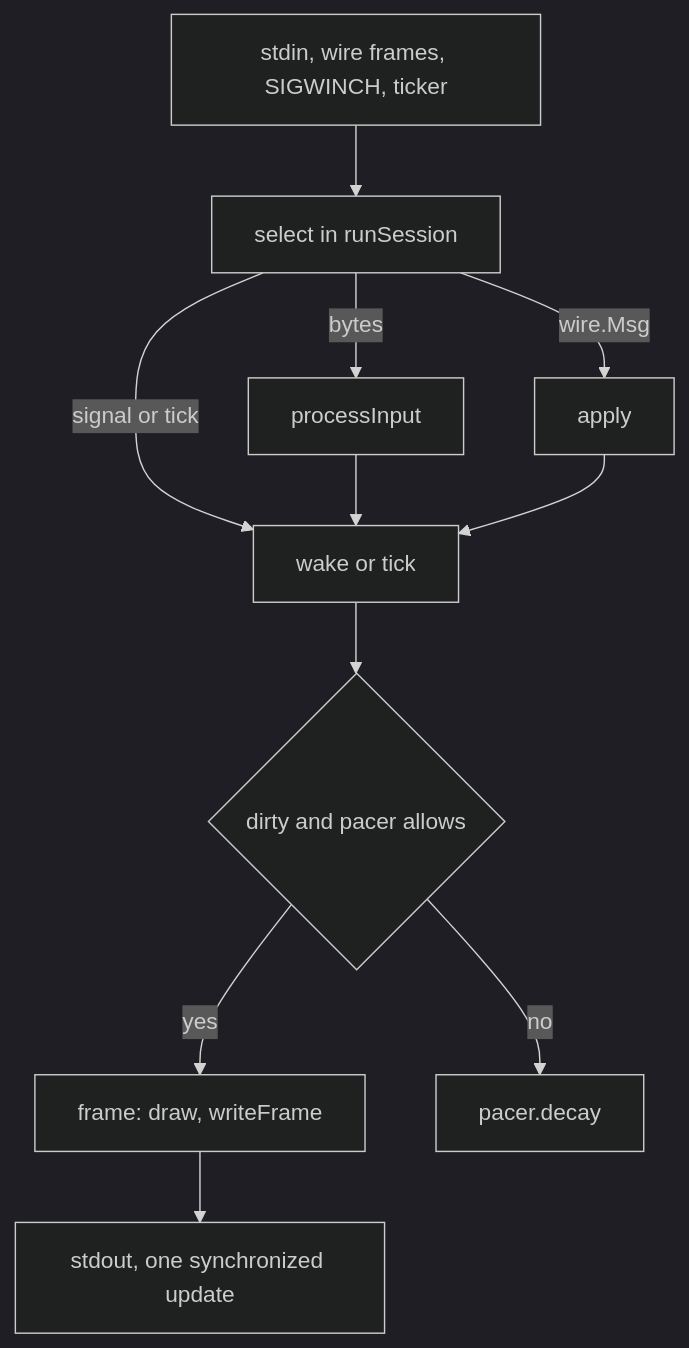
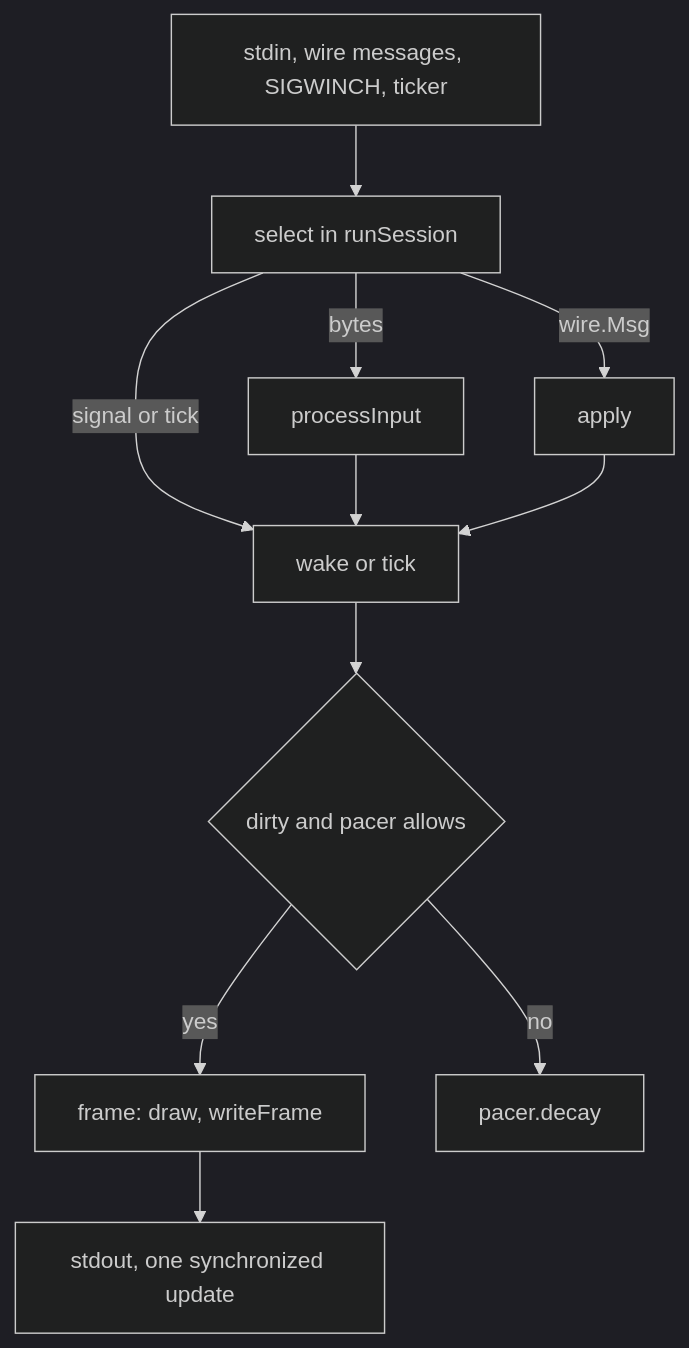
The first of 2 diagrams in docs/internals/06-client.md (ladydascalie/dm), drawn with Mermaid (dark theme) before and after one commit. The commit also changed other lines of this file and 13 other files, not shown here.

````diff
--- a/docs/internals/06-client.md
+++ b/docs/internals/06-client.md
@@ -31,13 +37,13 @@
 ```mermaid
 flowchart TD
-    src["stdin, wire frames, SIGWINCH, ticker"] --> sel["select in runSession"]
+    src["stdin, wire messages, SIGWINCH, ticker"] --> sel["select in runSession"]
     sel -->|"bytes"| pi["processInput"]
     sel -->|"wire.Msg"| ap["apply"]
     sel -->|"signal or tick"| wake["wake or tick"]
     pi --> wake
     ap --> wake
     wake --> due{"dirty and pacer allows"}
     due -->|"yes"| frame["frame: draw, writeFrame"]
     due -->|"no"| decay["pacer.decay"]
     frame --> off["stdout, one synchronized update"]
 ```
````
